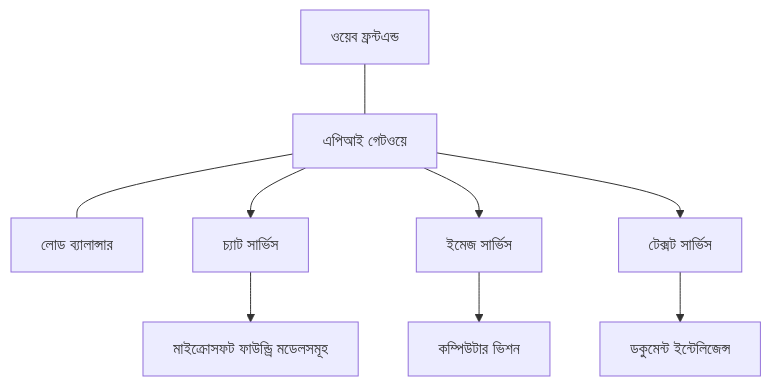
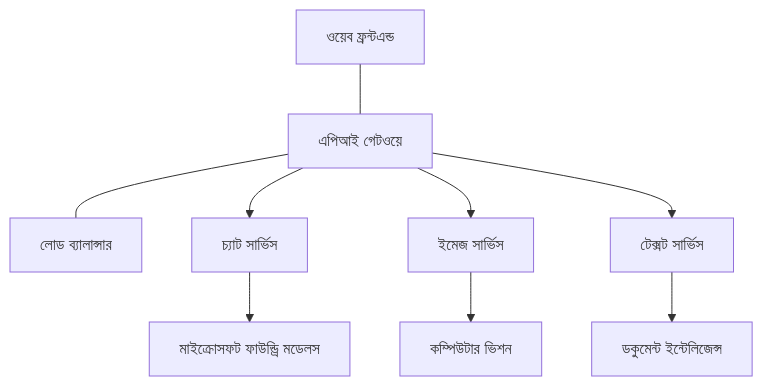
One commit to microsoft/AZD-for-beginners changed the diagram in translations/bn/docs/chapter-08-production/production-ai-practices.md. Above: the diagram before and after it, drawn with Mermaid. The commit also changed other lines of this file and 101 other files, not shown here.

````diff
--- a/translations/bn/docs/chapter-08-production/production-ai-practices.md
+++ b/translations/bn/docs/chapter-08-production/production-ai-practices.md
@@ -30,10 +30,10 @@
 ```mermaid
 graph TD
     Frontend[ওয়েব ফ্রন্টএন্ড] --- Gateway[এপিআই গেটওয়ে] --- LB[লোড ব্যালান্সার]
     Gateway --> Chat[চ্যাট সার্ভিস]
     Gateway --> Image[ইমেজ সার্ভিস]
     Gateway --> Text[টেক্সট সার্ভিস]
-    Chat --> OpenAI[মাইক্রোসফট ফাউন্ড্রি মডেলসমূহ]
+    Chat --> OpenAI[মাইক্রোসফট ফাউন্ড্রি মডেলস]
     Image --> Vision[কম্পিউটার ভিশন]
     Text --> DocIntel[ডকুমেন্ট ইন্টেলিজেন্স]
 ```
````
